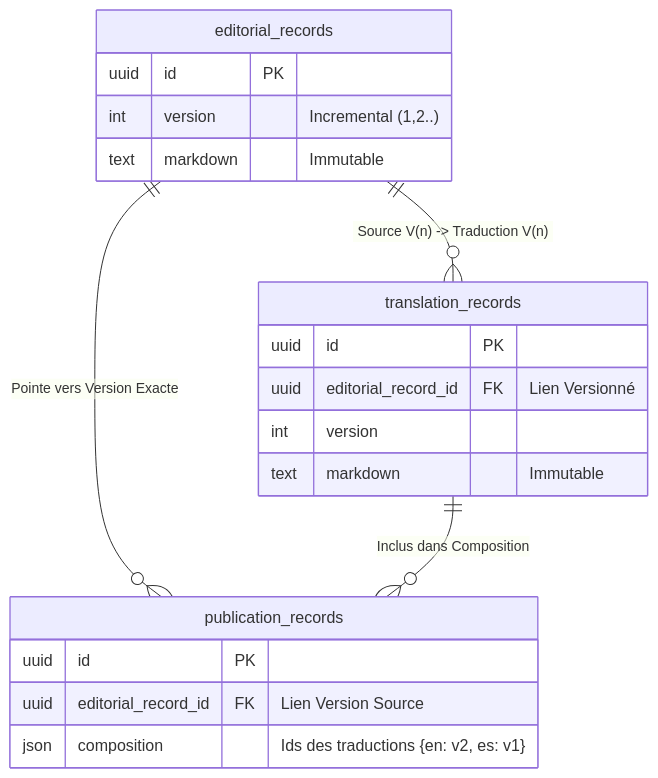
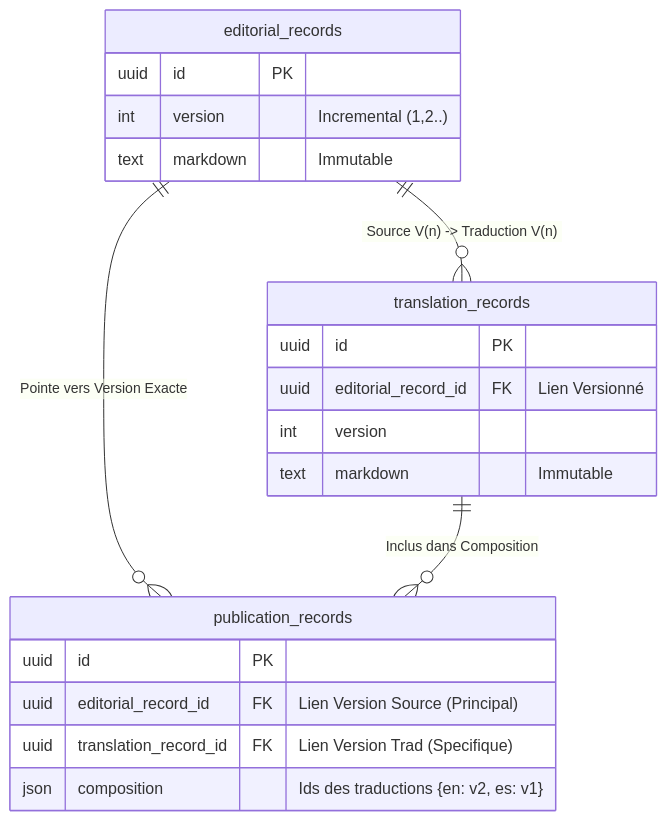
One commit to refugies-info/playground changed the third of 3 diagrams in documentation/architecture/translation-database-decision.md. Above: the diagram before and after it, drawn with Mermaid.

Commit message:
docs: Add `translation_record_id` foreign key and clarify `editorial_record_id` description in `publication_records` schema.

````diff
--- a/documentation/architecture/translation-database-decision.md
+++ b/documentation/architecture/translation-database-decision.md
@@ -129,25 +129,26 @@
 ```mermaid
 erDiagram
     editorial_records ||--o{ translation_records : "Source V(n) -> Traduction V(n)"
     editorial_records ||--o{ publication_records : "Pointe vers Version Exacte"
     translation_records ||--o{ publication_records : "Inclus dans Composition"
     
     editorial_records {
         uuid id PK
         int version "Incremental (1,2..)"
         text markdown "Immutable"
     }
     
     translation_records {
         uuid id PK
         uuid editorial_record_id FK "Lien Versionné"
         int version
         text markdown "Immutable"
     }
 
     publication_records {
         uuid id PK
-        uuid editorial_record_id FK "Lien Version Source"
+        uuid editorial_record_id FK "Lien Version Source (Principal)"
+        uuid translation_record_id FK "Lien Version Trad (Specifique)"
         json composition "Ids des traductions {en: v2, es: v1}"
     }
 ```
````
